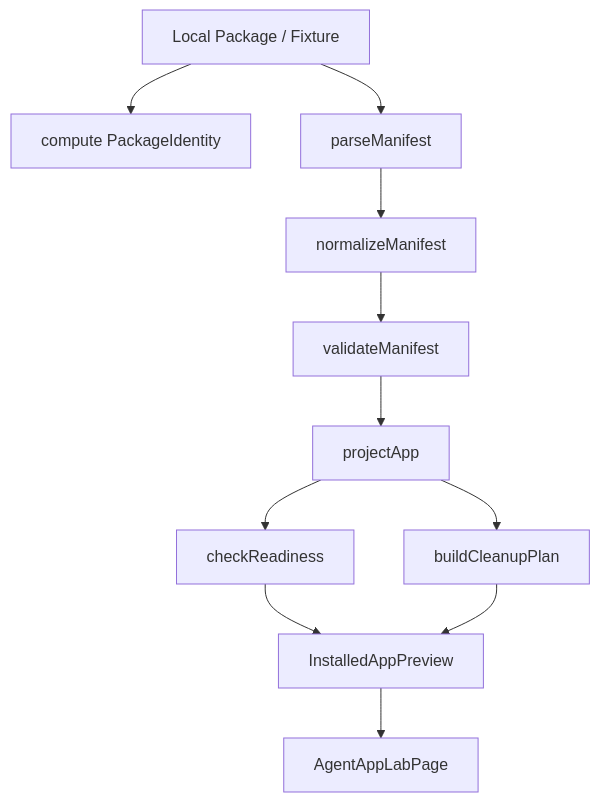
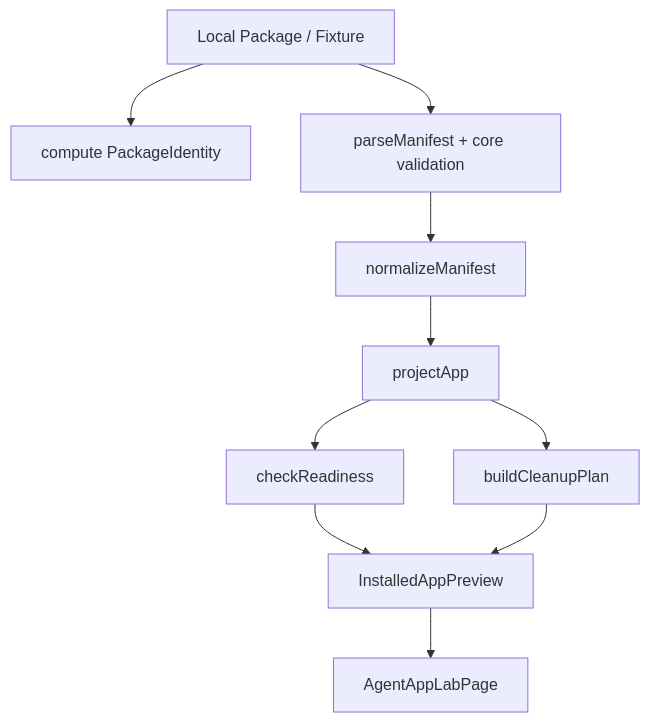
Before and after one commit to jiujuan/lime: the diagram in docs/roadmap/agentapp/p0-technical-design.md, drawn with Mermaid. The commit also changed other lines of this file and 9 other files, not shown here.

Commit message:
docs: align agent app roadmap with v0.3

````diff
--- a/docs/roadmap/agentapp/p0-technical-design.md
+++ b/docs/roadmap/agentapp/p0-technical-design.md
@@ -32,13 +32,12 @@
 ```mermaid
 flowchart TD
   Fixture[Local Package / Fixture] --> Identity[compute PackageIdentity]
-  Fixture --> Parse[parseManifest]
-  Parse --> Normalize[normalizeManifest]
-  Normalize --> Validate[validateManifest]
-  Validate --> Project[projectApp]
+  Fixture --> ParseValidate[parseManifest + core validation]
+  ParseValidate --> Normalize[normalizeManifest]
+  Normalize --> Project[projectApp]
   Project --> Readiness[checkReadiness]
   Project --> Cleanup[buildCleanupPlan]
   Readiness --> State[InstalledAppPreview]
   Cleanup --> State
   State --> Lab[AgentAppLabPage]
 ```
````
